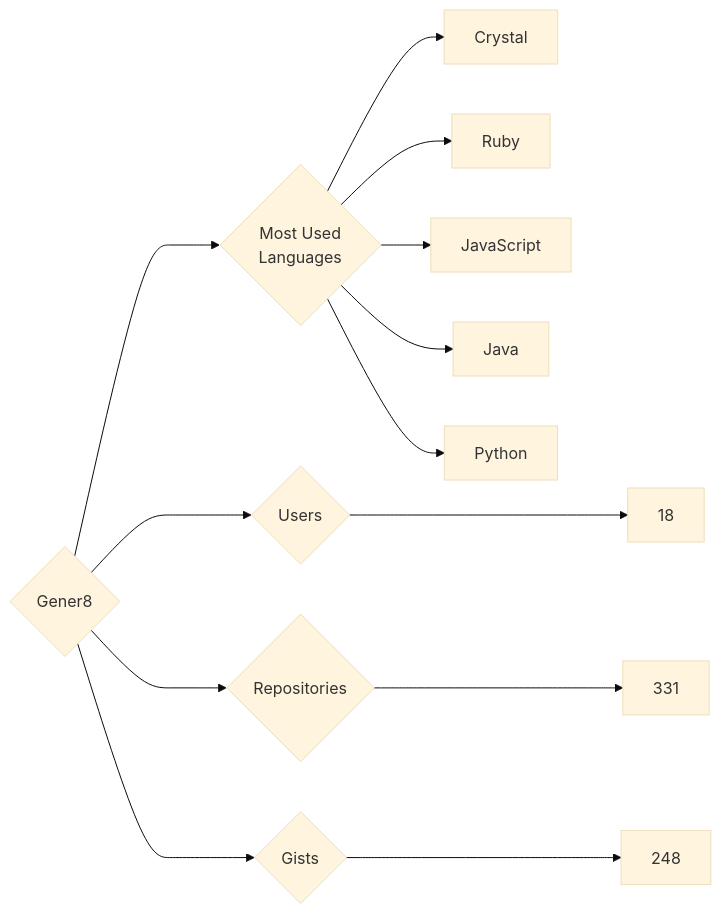
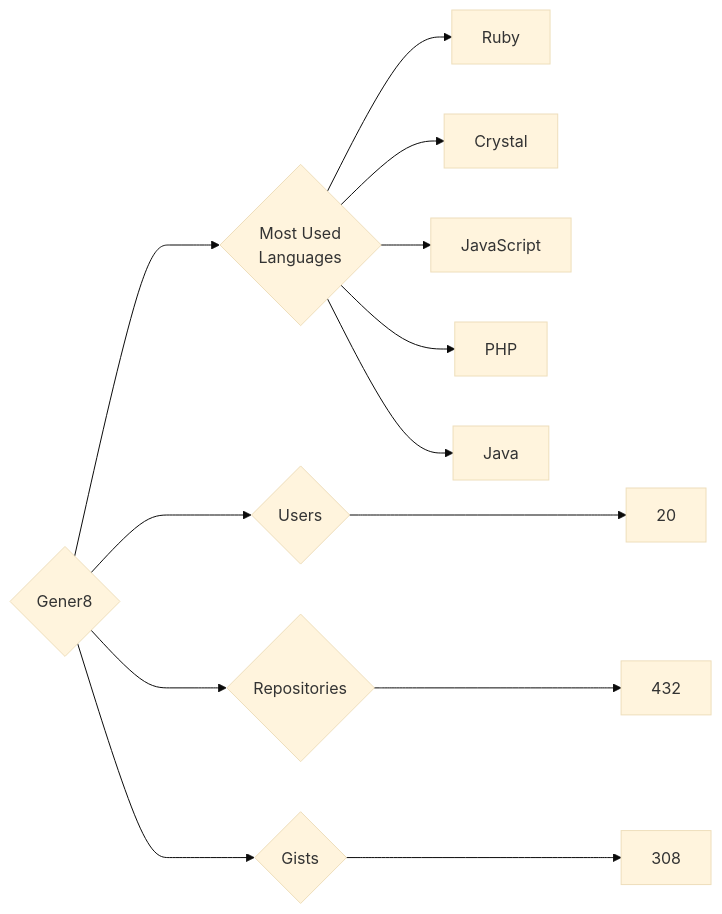
One commit to trickest/insiders changed the diagram in targets/Gener8/README.md. Above: the diagram before and after it, drawn with Mermaid (base theme). The commit also changed 900 other files, not shown here.

````diff
--- a/targets/Gener8/README.md
+++ b/targets/Gener8/README.md
@@ -3,13 +3,13 @@
 ```mermaid
 graph LR
 COMPANY_NAME{Gener8}
-COMPANY_NAME ---> U{Users} ---> UN[18]
-COMPANY_NAME ---> R{Repositories} ---> RN[331]
-COMPANY_NAME ---> G{Gists} ---> GN[248]
+COMPANY_NAME ---> U{Users} ---> UN[20]
+COMPANY_NAME ---> R{Repositories} ---> RN[432]
+COMPANY_NAME ---> G{Gists} ---> GN[308]
 COMPANY_NAME ---> ML{Most Used<br>Languages}
+ML --> Ruby[Ruby]
 ML --> Crystal[Crystal]
-ML --> Ruby[Ruby]
 ML --> JavaScript[JavaScript]
+ML --> PHP[PHP]
 ML --> Java[Java]
-ML --> Python[Python]
 ```
````
